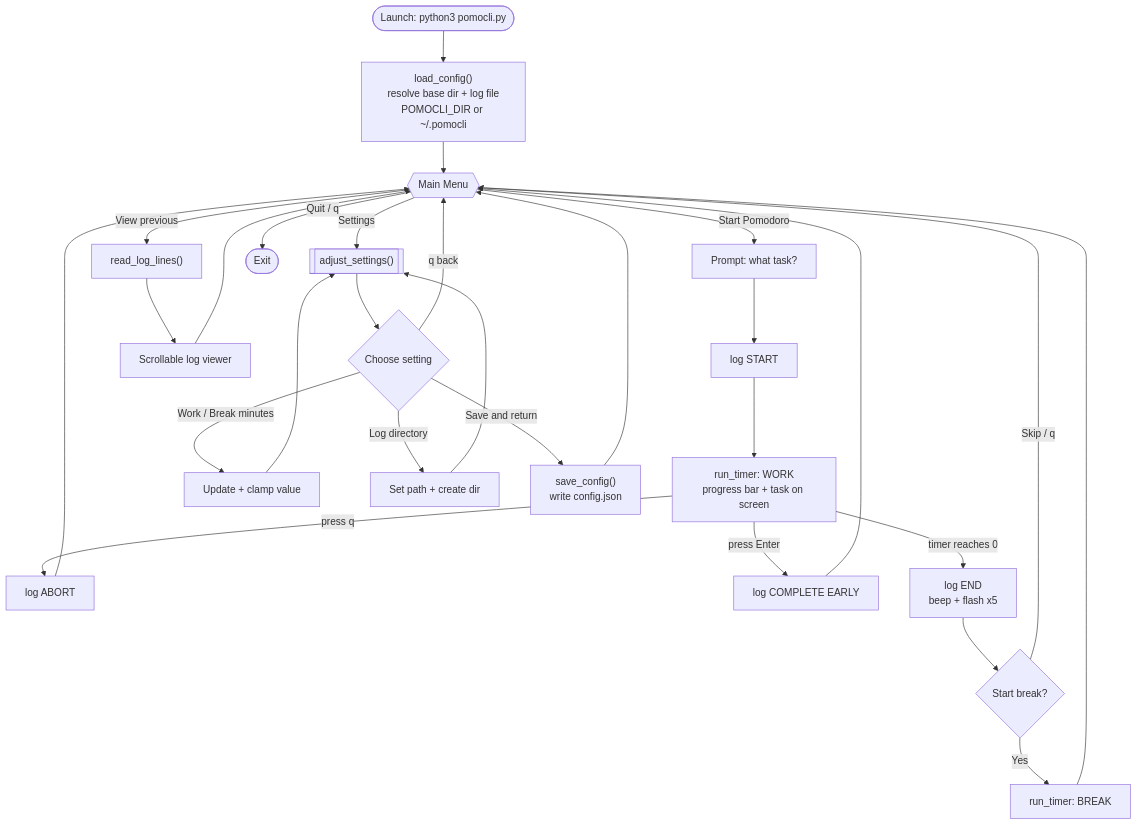
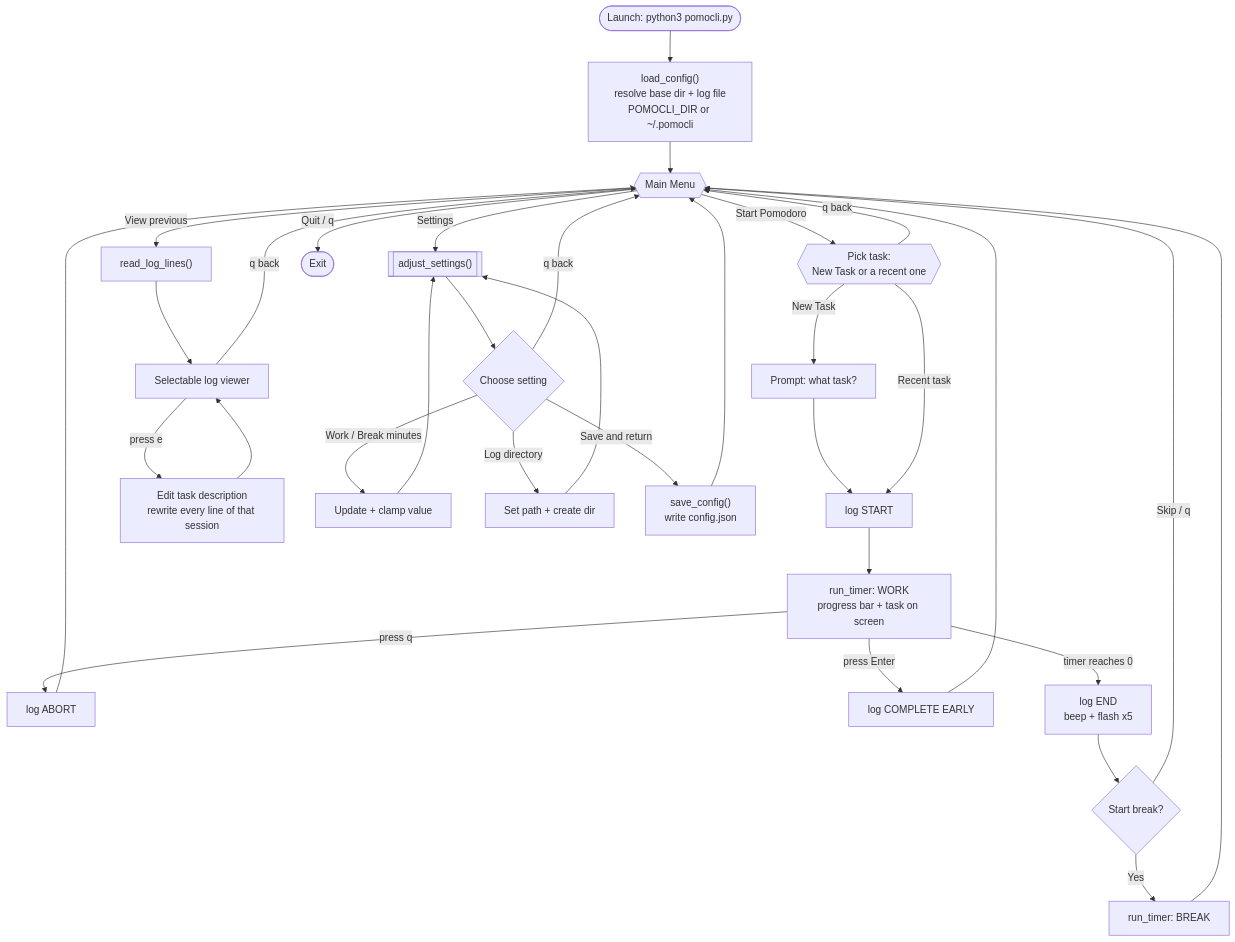
The diagram in README.md (asyrewicze/pomocli), drawn with Mermaid before and after one commit. The commit also changed other lines of this file and 1 other file, not shown here.

First line of the commit message:
Add task history editing and a recent-task picker

````diff
--- a/README.md
+++ b/README.md
@@ -113,30 +119,36 @@
 ```mermaid
 flowchart TD
     A([Launch: python3 pomocli.py]) --> B["load_config()<br/>resolve base dir + log file<br/>POMOCLI_DIR or ~/.pomocli"]
     B --> M{{Main Menu}}
 
-    M -->|Start Pomodoro| S1["Prompt: what task?"]
+    M -->|Start Pomodoro| S1{{"Pick task:<br/>New Task or a recent one"}}
     M -->|View previous| V1["read_log_lines()"]
     M -->|Settings| G1[["adjust_settings()"]]
     M -->|Quit / q| Z([Exit])
 
     %% Start Pomodoro flow
-    S1 --> S2["log START"]
-    S2 --> S3["run_timer: WORK<br/>progress bar + task on screen"]
+    S1 -->|New Task| S1b["Prompt: what task?"] --> S2
+    S1 -->|Recent task| S2
+    S1 -->|q back| M
+    S2["log START"]
+    S2 --> S3
+    S3["run_timer: WORK<br/>progress bar + task on screen"]
     S3 -->|press q| S4["log ABORT"] --> M
     S3 -->|press Enter| S5["log COMPLETE EARLY"] --> M
     S3 -->|timer reaches 0| S6["log END<br/>beep + flash x5"]
     S6 --> S7{Start break?}
     S7 -->|Yes| S8["run_timer: BREAK"] --> M
     S7 -->|Skip / q| M
 
     %% View previous
-    V1 --> V2["Scrollable log viewer"] --> M
+    V1 --> V2["Selectable log viewer"]
+    V2 -->|press e| V3["Edit task description<br/>rewrite every line of that session"] --> V2
+    V2 -->|q back| M
 
     %% Settings
     G1 --> G2{Choose setting}
     G2 -->|Work / Break minutes| G3["Update + clamp value"] --> G1
     G2 -->|Log directory| G4["Set path + create dir"] --> G1
     G2 -->|Save and return| G5["save_config()<br/>write config.json"] --> M
     G2 -->|q back| M
 ```
````
